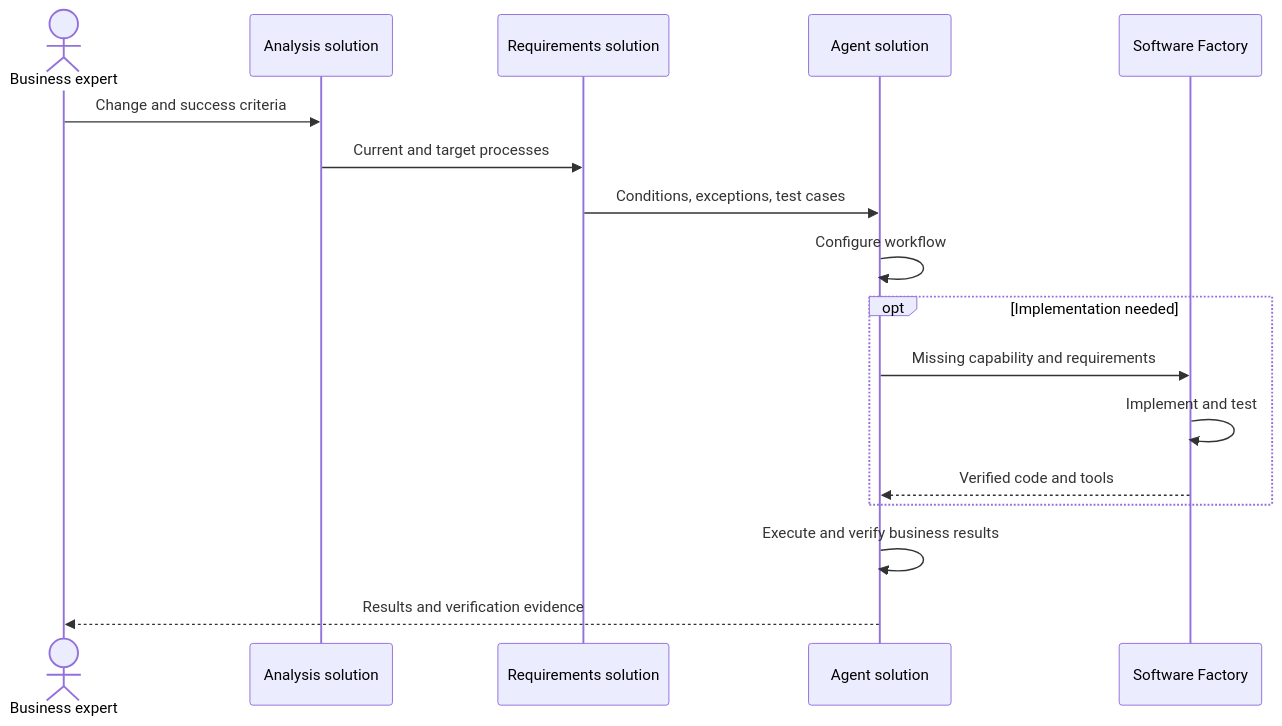
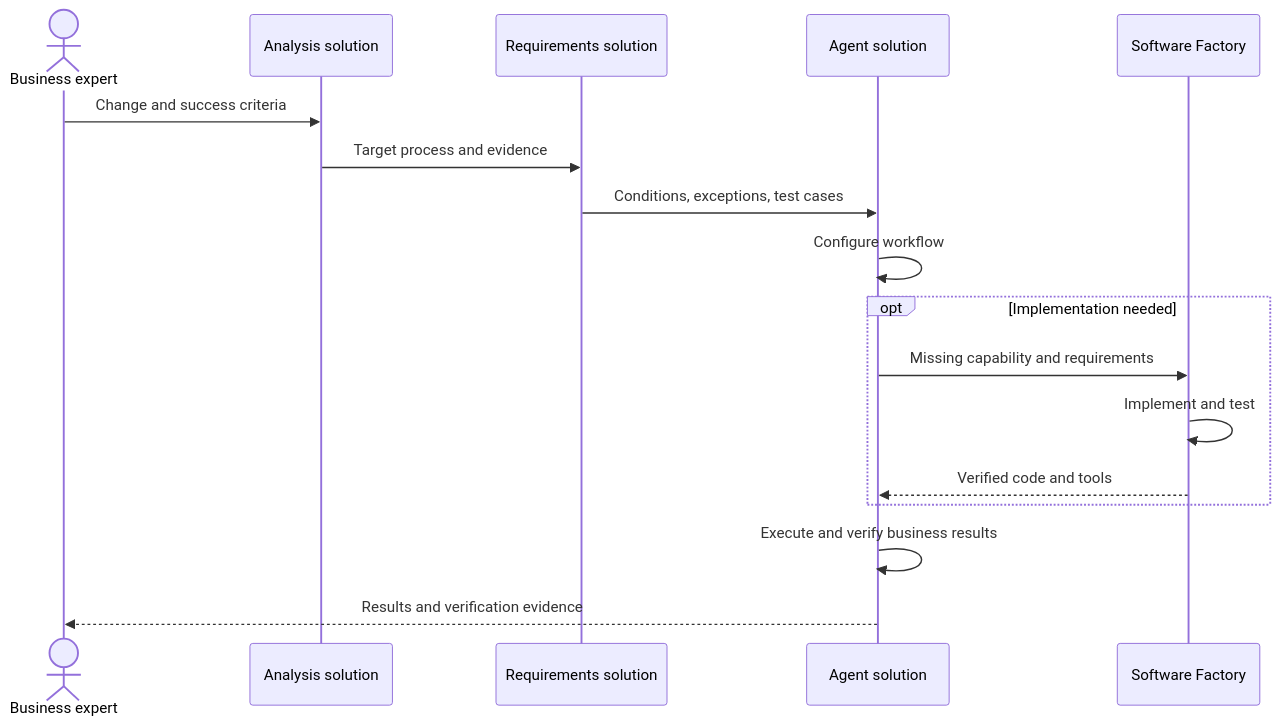
The sixth of 7 diagrams in _en/2026-11-05-enterprise-wide-ax-essentials.md (haandol/haandol.github.com), drawn with Mermaid before and after one commit. The commit also changed other lines of this file and 2 other files, not shown here.

````diff
--- a/_en/2026-11-05-enterprise-wide-ax-essentials.md
+++ b/_en/2026-11-05-enterprise-wide-ax-essentials.md
@@ -260,19 +264,19 @@
 ```mermaid
 sequenceDiagram
   actor O as Business expert
   participant P as Analysis solution
   participant R as Requirements solution
   participant A as Agent solution
   participant F as Software Factory
   O->>P: Change and success criteria
-  P->>R: Current and target processes
+  P->>R: Target process and evidence
   R->>A: Conditions, exceptions, test cases
   A->>A: Configure workflow
   opt Implementation needed
     A->>F: Missing capability and requirements
     F->>F: Implement and test
     F-->>A: Verified code and tools
   end
   A->>A: Execute and verify business results
   A-->>O: Results and verification evidence
 ```
````
